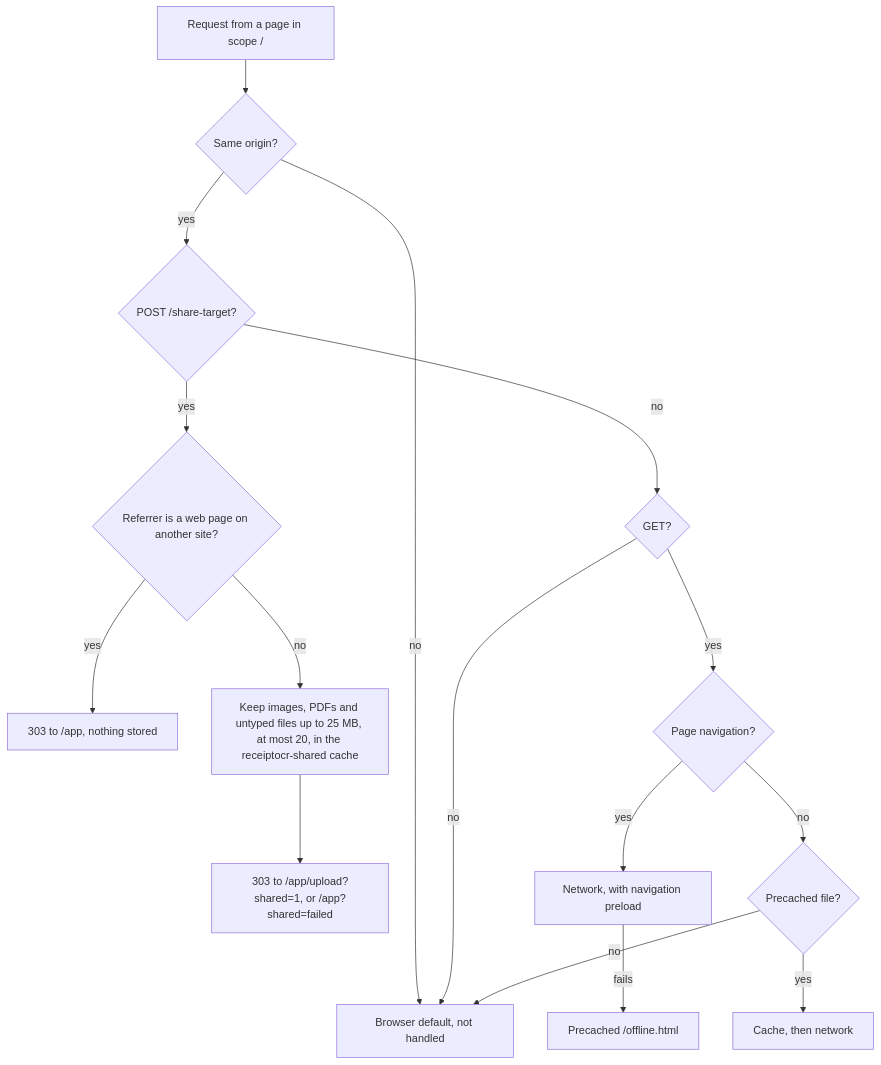
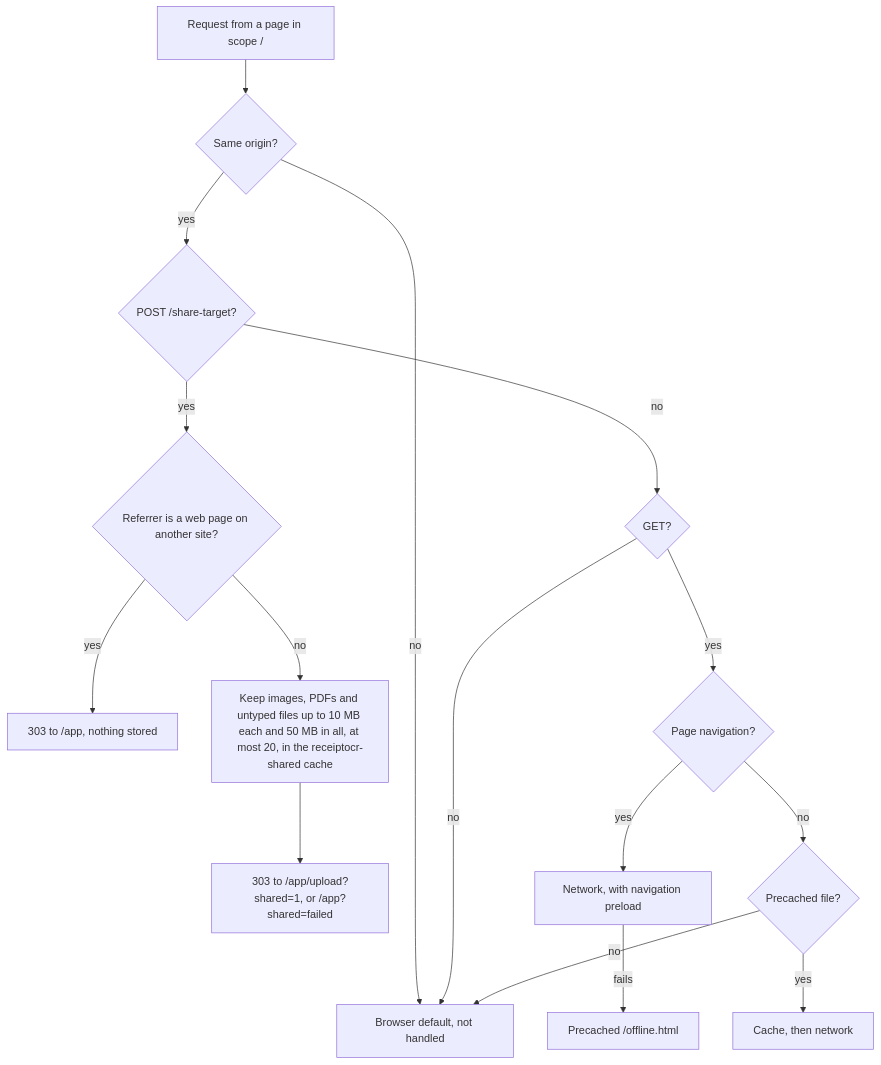
Before and after one commit to bhimrazy/receipt-ocr-app: the second of 2 diagrams in docs/architecture/web.md, drawn with Mermaid. The commit also changed 9 other files, not shown here.

Commit message:
fix(web): cap shared file memory, keep pending shares, harden share notices

````diff
--- a/docs/architecture/web.md
+++ b/docs/architecture/web.md
@@ -158,18 +158,18 @@
 ```mermaid
 flowchart TD
   R[Request from a page in scope /] --> O{Same origin?}
   O -- no --> N[Browser default, not handled]
   O -- yes --> S{POST /share-target?}
   S -- yes --> RF{Referrer is a web page on another site?}
   RF -- yes --> D[303 to /app, nothing stored]
-  RF -- no --> F[Keep images, PDFs and untyped files up to 25 MB, at most 20, in the receiptocr-shared cache]
+  RF -- no --> F[Keep images, PDFs and untyped files up to 10 MB each and 50 MB in all, at most 20, in the receiptocr-shared cache]
   F --> U[303 to /app/upload?shared=1, or /app?shared=failed]
   S -- no --> G{GET?}
   G -- no --> N
   G -- yes --> M{Page navigation?}
   M -- yes --> W[Network, with navigation preload]
   W -- fails --> X[Precached /offline.html]
   M -- no --> P{Precached file?}
   P -- yes --> C[Cache, then network]
   P -- no --> N
 ```
````
